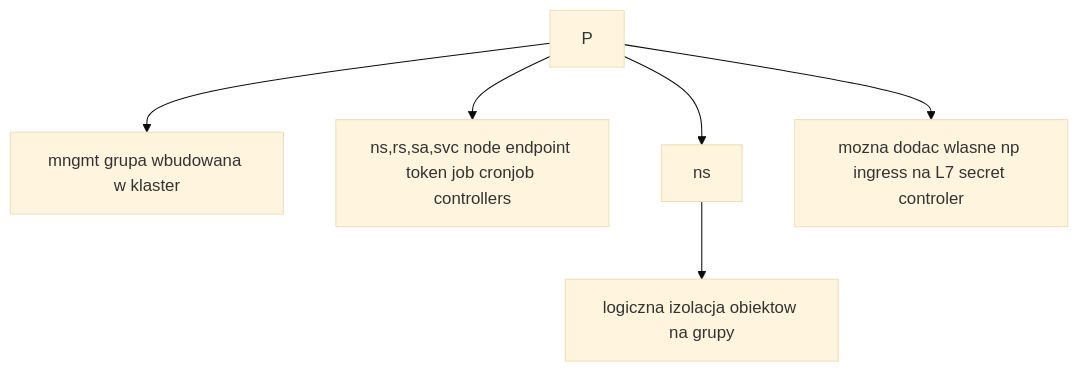
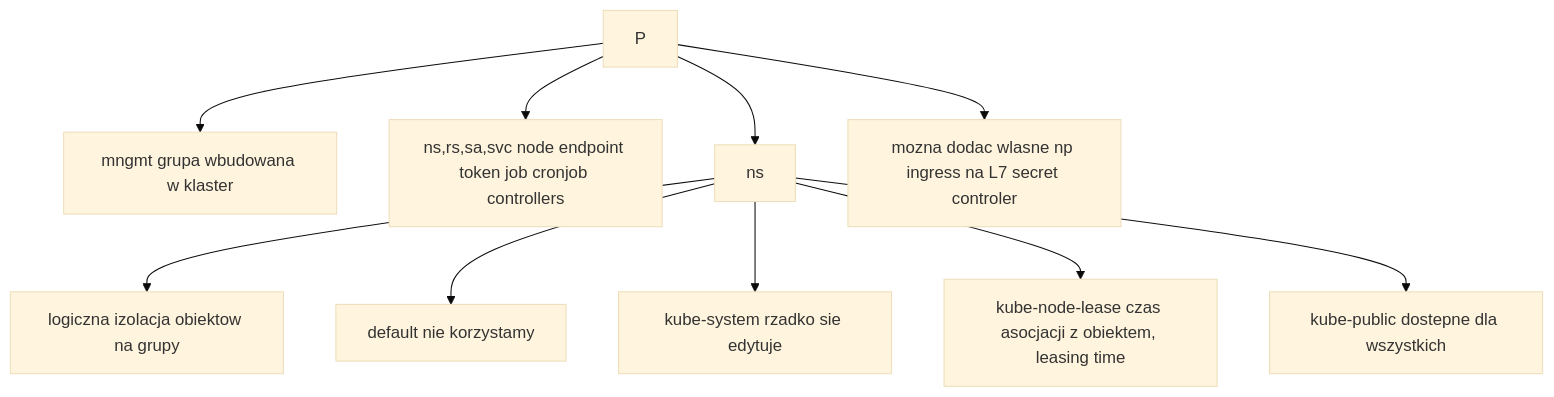
Before and after one commit to DanyAAD90/k8s_understanding: the fourth of 6 diagrams in README.md, drawn with Mermaid (base theme). The commit also changed other lines of this file, not shown here.

````diff
--- a/README.md
+++ b/README.md
@@ -31,7 +28,11 @@
 ```mermaid
 flowchart TD
 P --> R[mngmt grupa wbudowana w klaster]
 P --> S[ns,rs,sa,svc node endpoint token job cronjob controllers]
 P --> U[ns] --> W[logiczna izolacja obiektow na grupy]
 P --> T[mozna dodac wlasne np ingress na L7 secret controler]
+U --> WA[default nie korzystamy]
+U --> WB[kube-system rzadko sie edytuje]
+U --> WC[kube-node-lease czas asocjacji z obiektem, leasing time]
+U --> WD[kube-public dostepne dla wszystkich]
 ```
````
